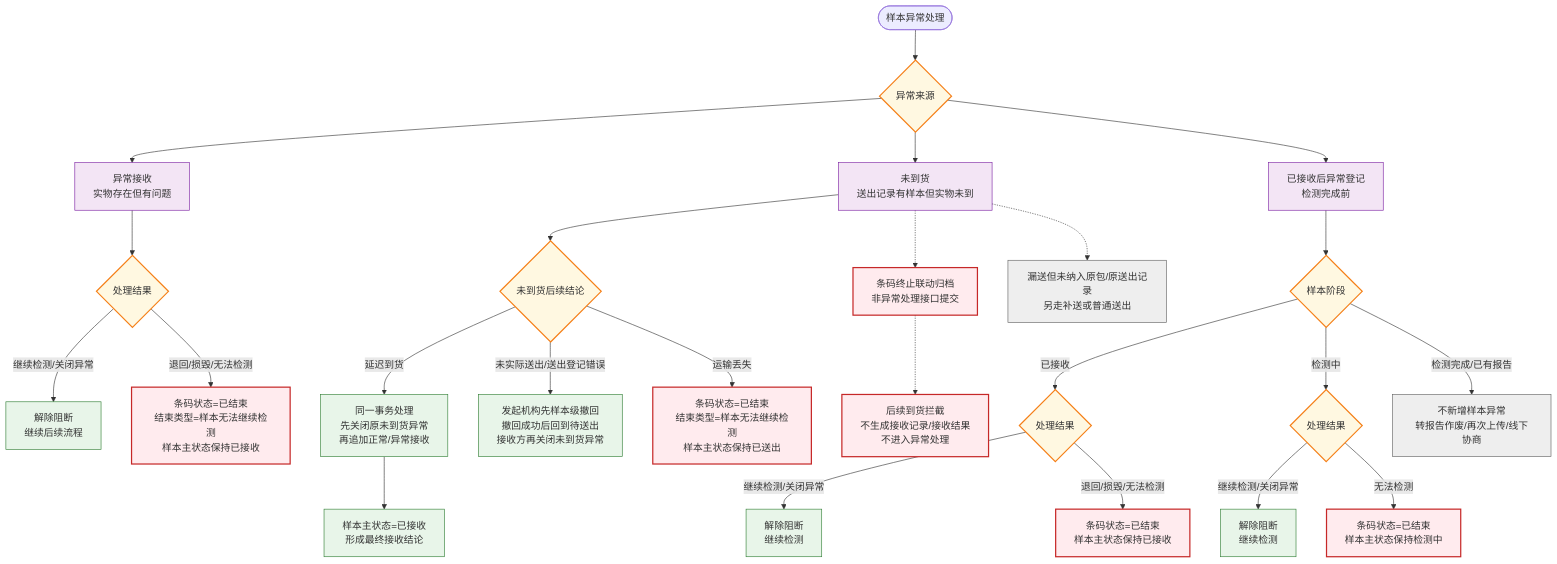
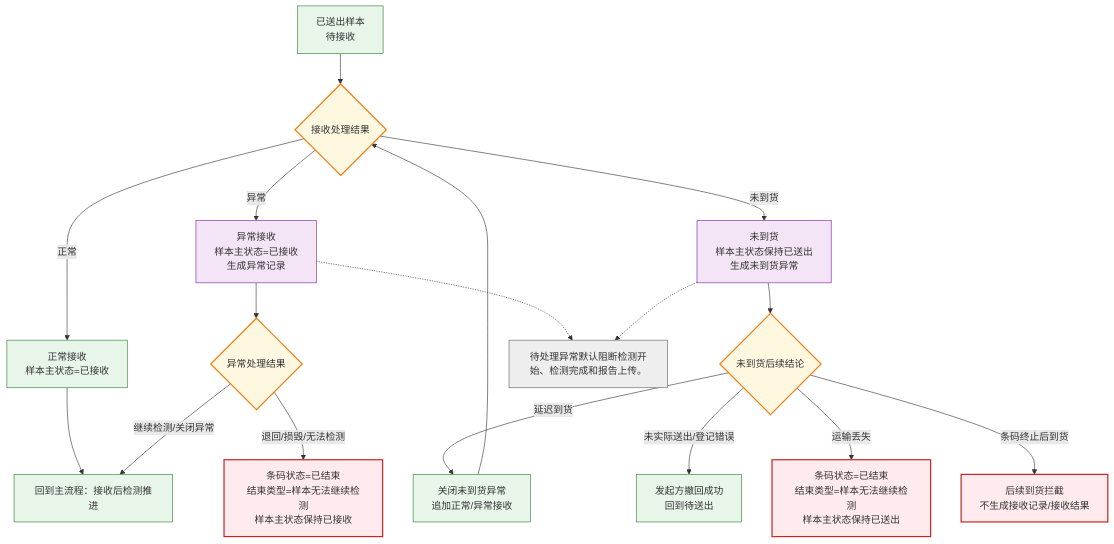
One commit to taskMain/Lis changed the fourth of 7 diagrams in 协同平台/政策文档/版本7/PRD_流程图_整合版.md. Above: the diagram before and after it, drawn with Mermaid. The commit also changed other lines of this file and 2 other files, not shown here.

Commit message:
docs(PRD): 重构流程图整合版文档，提取条码流转主流程并补充子流程与规则说明，提升可读性与维护性

````diff
--- a/协同平台/政策文档/版本7/PRD_流程图_整合版.md
+++ b/协同平台/政策文档/版本7/PRD_流程图_整合版.md
@@ -199,35 +199,35 @@
 ```mermaid
 flowchart TD
     classDef source fill:#f3e5f5,stroke:#7b1fa2,stroke-width:1px
     classDef process fill:#e8f5e9,stroke:#2e7d32,stroke-width:1px
     classDef decision fill:#fff8e1,stroke:#f57f17,stroke-width:2px
     classDef terminal fill:#ffebee,stroke:#c62828,stroke-width:2px
     classDef note fill:#eeeeee,stroke:#616161,stroke-width:1px
 
-    START(["样本异常处理"]) --> SRC{"异常来源"}:::decision
-    SRC --> A["异常接收<br>实物存在但有问题"]:::source
-    SRC --> B["未到货<br>送出记录有样本但实物未到"]:::source
-    SRC --> C["已接收后异常登记<br>检测完成前"]:::source
+    A["已送出样本<br>待接收"]:::process
+    B{"接收处理结果"}:::decision
+    C["正常接收<br>样本主状态=已接收"]:::process
+    D["异常接收<br>样本主状态=已接收<br>生成异常记录"]:::source
+    E["未到货<br>样本主状态保持已送出<br>生成未到货异常"]:::source
+    F["回到主流程：接收后检测推进"]:::process
 
-    A --> A1{"处理结果"}:::decision
-    A1 -->|"继续检测/关闭异常"| A2["解除阻断<br>继续后续流程"]:::process
-    A1 -->|"退回/损毁/无法检测"| A3["条码状态=已结束<br>结束类型=样本无法继续检测<br>样本主状态保持已接收"]:::terminal
+    A --> B
+    B -->|"正常"| C --> F
+    B -->|"异常"| D
+    B -->|"未到货"| E
 
-    B --> B1{"未到货后续结论"}:::decision
-    B1 -->|"延迟到货"| B2["同一事务处理<br>先关闭原未到货异常<br>再追加正常/异常接收"]:::process
-    B2 --> B3["样本主状态=已接收<br>形成最终接收结论"]:::process
-    B1 -->|"未实际送出/送出登记错误"| B4["发起机构先样本级撤回<br>撤回成功后回到待送出<br>接收方再关闭未到货异常"]:::process
-    B1 -->|"运输丢失"| B5["条码状态=已结束<br>结束类型=样本无法继续检测<br>样本主状态保持已送出"]:::terminal
-    B -.-> B6["条码终止联动归档<br>非异常处理接口提交"]:::terminal
-    B6 -.-> B7["后续到货拦截<br>不生成接收记录/接收结果<br>不进入异常处理"]:::terminal
-    B -.-> B8["漏送但未纳入原包/原送出记录<br>另走补送或普通送出"]:::note
+    D --> D1{"异常处理结果"}:::decision
+    D1 -->|"继续检测/关闭异常"| F
+    D1 -->|"退回/损毁/无法检测"| D2["条码状态=已结束<br>结束类型=样本无法继续检测<br>样本主状态保持已接收"]:::terminal
 
-    C --> C1{"样本阶段"}:::decision
-    C1 -->|"已接收"| C2{"处理结果"}:::decision
-    C2 -->|"继续检测/关闭异常"| C3["解除阻断<br>继续检测"]:::process
-    C2 -->|"退回/损毁/无法检测"| C4["条码状态=已结束<br>样本主状态保持已接收"]:::terminal
-    C1 -->|"检测中"| C5{"处理结果"}:::decision
-    C5 -->|"继续检测/关闭异常"| C6["解除阻断<br>继续检测"]:::process
-    C5 -->|"无法检测"| C7["条码状态=已结束<br>样本主状态保持检测中"]:::terminal
-    C1 -->|"检测完成/已有报告"| C8["不新增样本异常<br>转报告作废/再次上传/线下协商"]:::note
+    E --> E1{"未到货后续结论"}:::decision
+    E1 -->|"延迟到货"| E2["关闭未到货异常<br>追加正常/异常接收"]:::process
+    E2 --> B
+    E1 -->|"未实际送出/登记错误"| E3["发起方撤回成功<br>回到待送出"]:::process
+    E1 -->|"运输丢失"| E4["条码状态=已结束<br>结束类型=样本无法继续检测<br>样本主状态保持已送出"]:::terminal
+    E1 -->|"条码终止后到货"| E5["后续到货拦截<br>不生成接收记录/接收结果"]:::terminal
+
+    N1["待处理异常默认阻断检测开始、检测完成和报告上传。"]:::note
+    D -.-> N1
+    E -.-> N1
 ```
````
